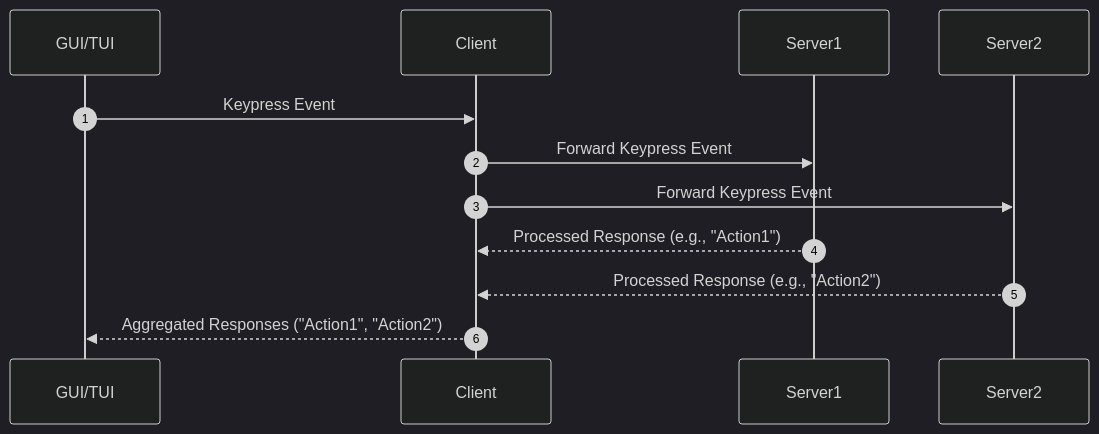
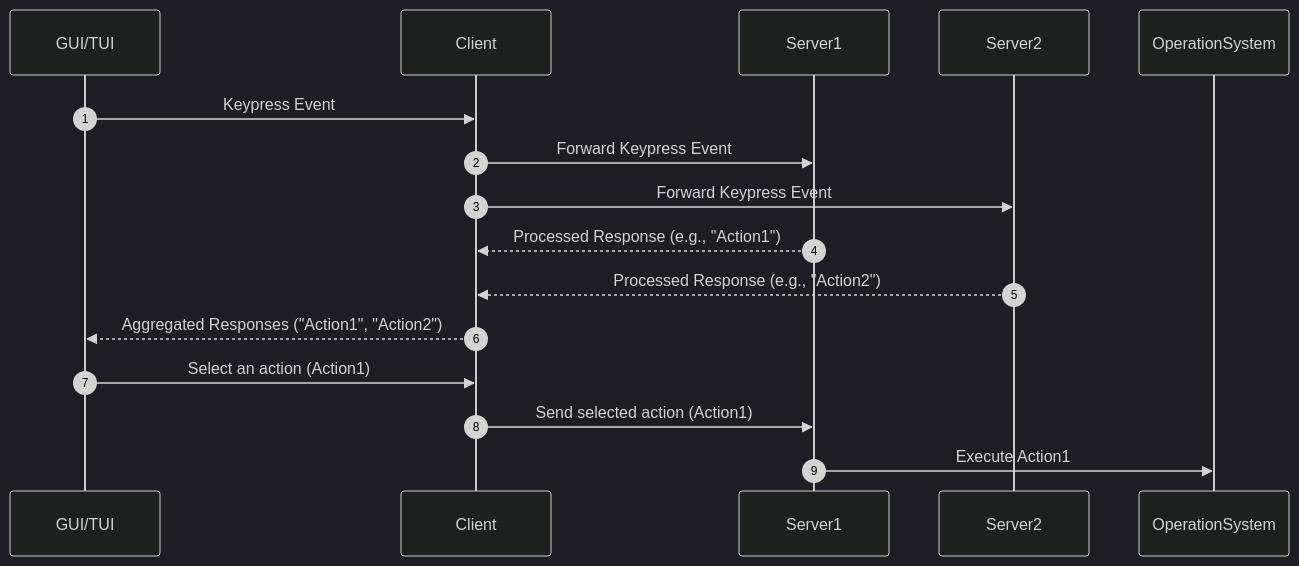
The diagram in README.md (udokai-org/udokai), drawn with Mermaid (dark theme) before and after one commit.

Commit message:
docs: adds operation system into the diagram

````diff
--- a/README.md
+++ b/README.md
@@ -11,15 +11,19 @@
 ```mermaid
 sequenceDiagram
     autonumber
     participant GUI/TUI
     participant Client
     participant Server1
     participant Server2
+    participant OperationSystem
 
     GUI/TUI->>Client: Keypress Event 
     Client->>Server1: Forward Keypress Event
     Client->>Server2: Forward Keypress Event
     Server1-->>Client: Processed Response (e.g., "Action1")
     Server2-->>Client: Processed Response (e.g., "Action2")
     Client-->>GUI/TUI: Aggregated Responses ("Action1", "Action2")
+    GUI/TUI->>Client: Select an action (Action1)
+    Client->>Server1: Send selected action (Action1)
+    Server1->>OperationSystem: Execute Action1
 ```
````
